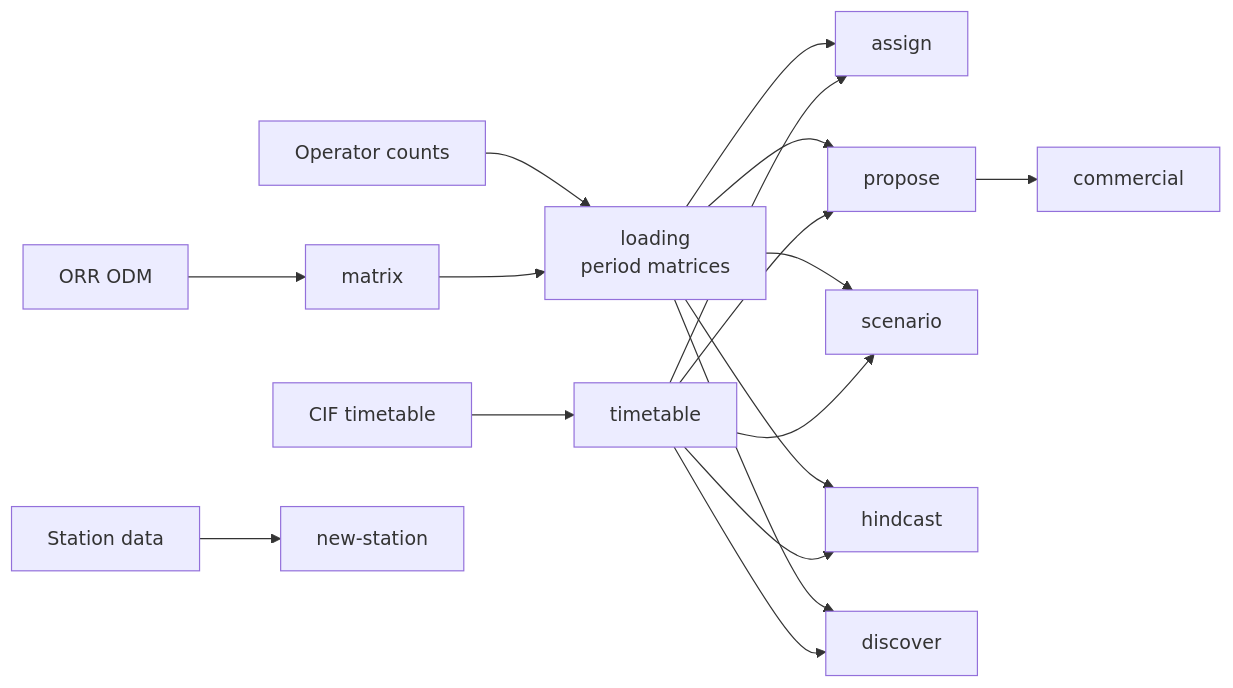
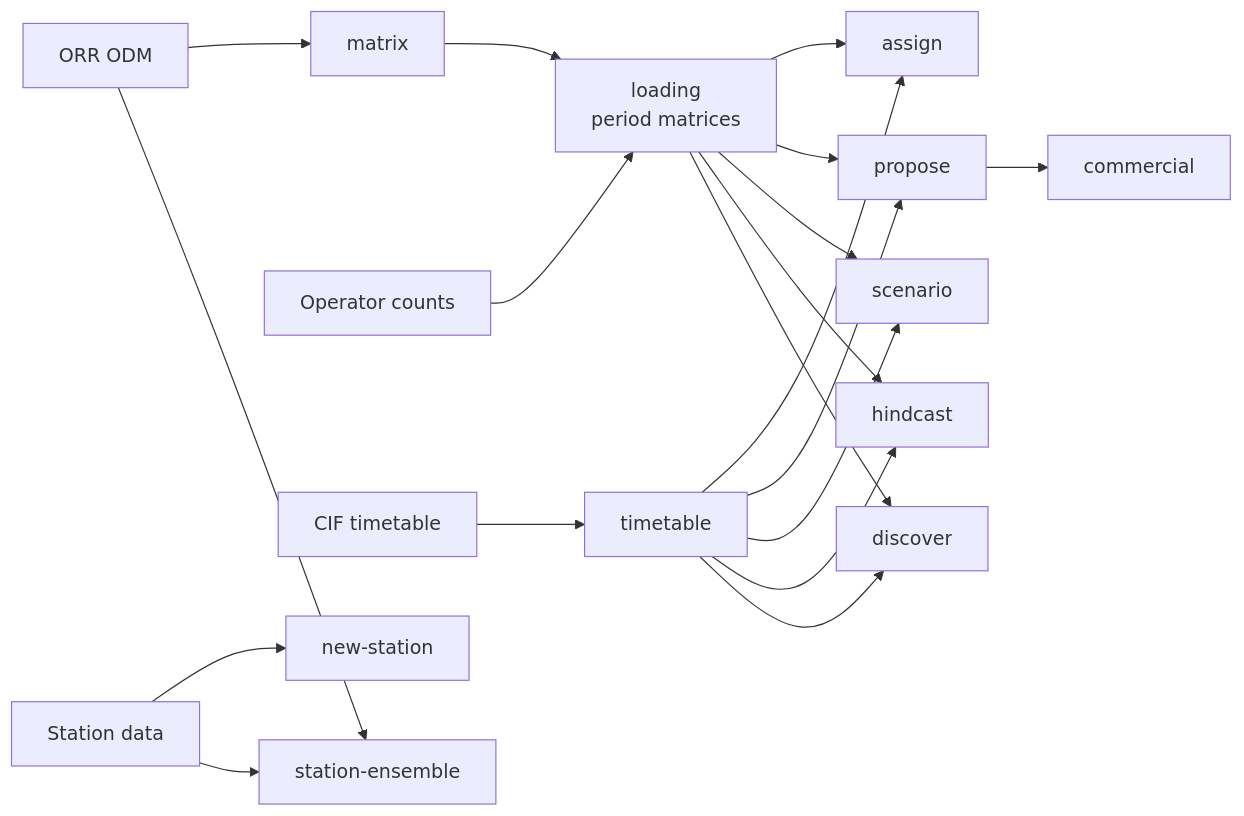
Before and after one commit to rosedillon/ORTLA: the diagram in README.md, drawn with Mermaid. The commit also changed other lines of this file and 30 other files, not shown here.

First line of the commit message:
Add the station ensemble and the reference build

````diff
--- a/README.md
+++ b/README.md
@@ -61,13 +61,15 @@
 ```mermaid
 flowchart LR
     ODM[ORR ODM] --> matrix
     counts[Operator counts] --> loading
     matrix --> loading[loading<br>period matrices]
     CIF[CIF timetable] --> timetable
     loading --> assign
     timetable --> assign
     loading --> propose & scenario & hindcast & discover
     timetable --> propose & scenario & hindcast & discover
     propose --> commercial
     SDFT[Station data] --> newstation[new-station]
+    SDFT --> ensemble[station-ensemble]
+    ODM --> ensemble
 ```
````
